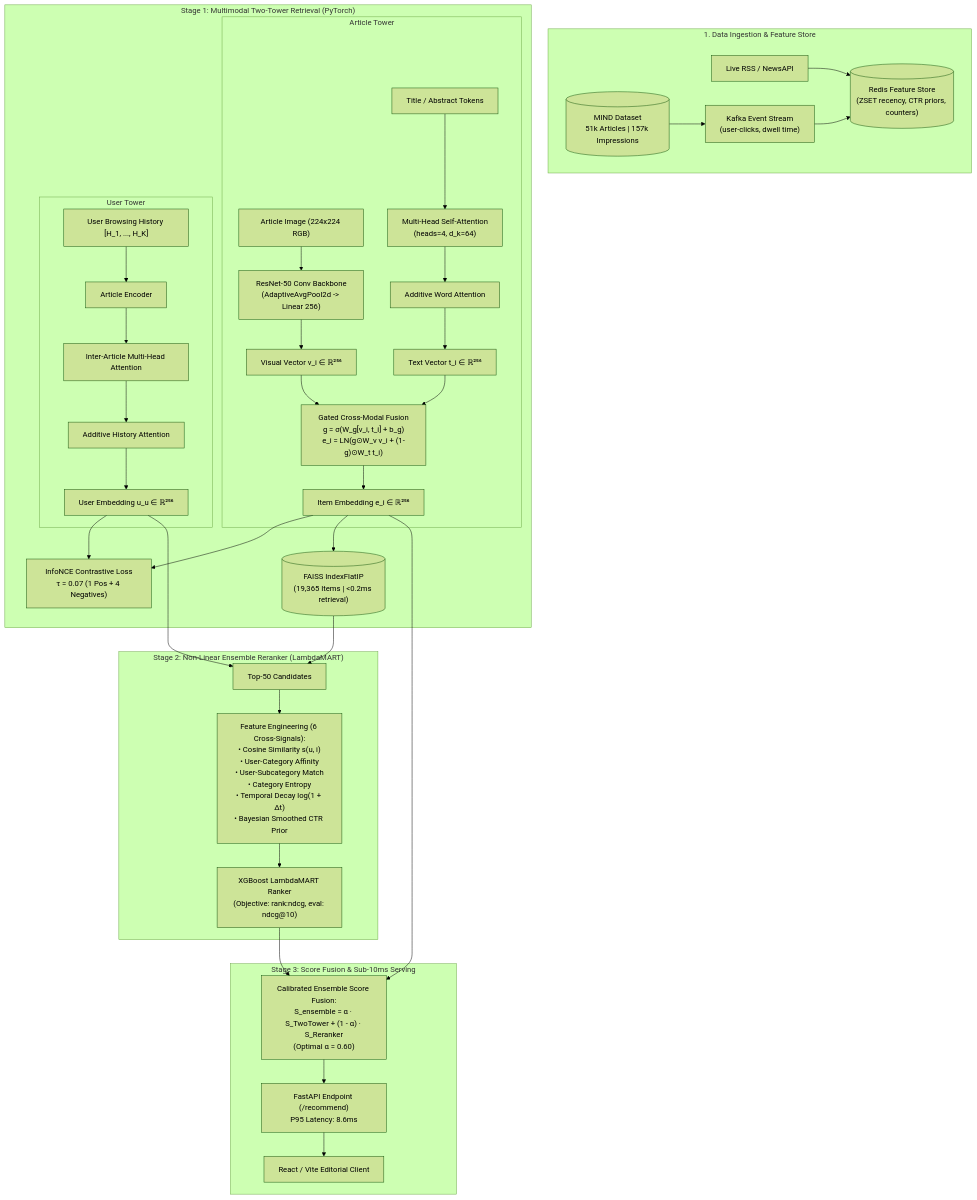
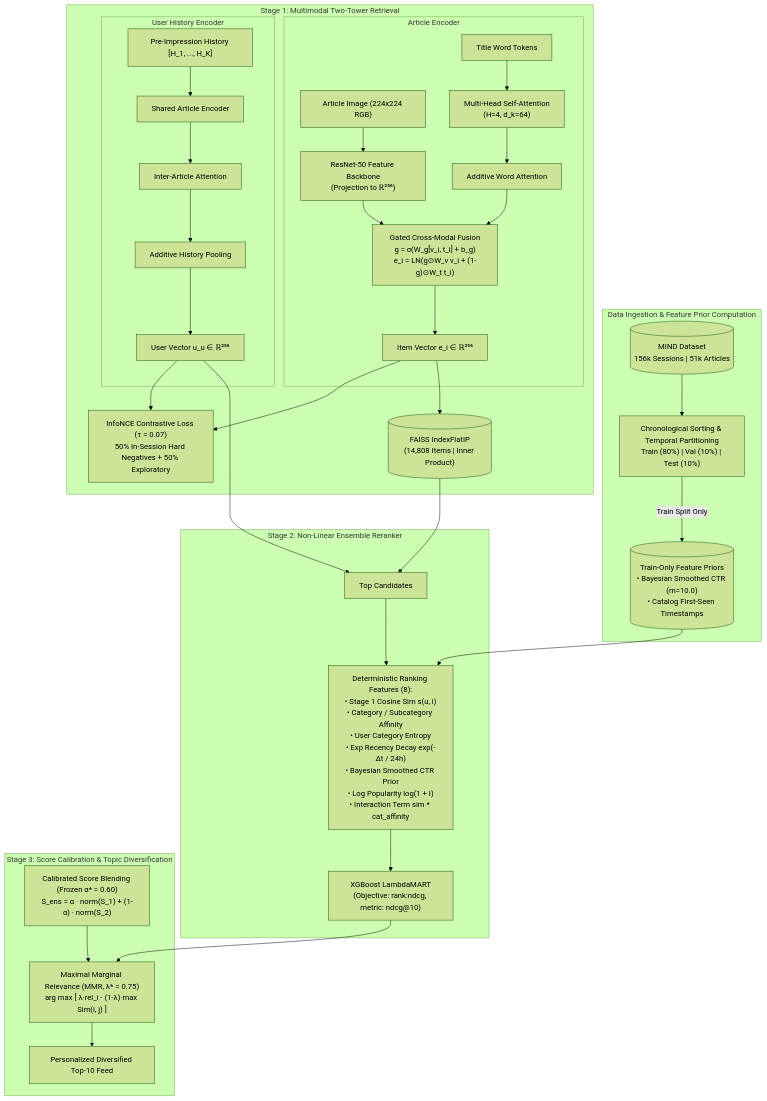
Before and after one commit to khushalmidha/jagrit: the diagram in ml-service/README.md, drawn with Mermaid (forest theme). The commit also changed other lines of this file and 19 other files, not shown here.

Commit message:
feat(ml): implement reproducible temporal split, validation tuning, test benchmarks, and architectural ablation pipeline

````diff
--- a/ml-service/README.md
+++ b/ml-service/README.md
@@ -14,46 +32,43 @@
 ```mermaid
 flowchart TD
-    subgraph DataLayer ["1. Data Ingestion & Feature Store"]
-        MIND[("MIND Dataset<br/>51k Articles | 157k Impressions")]
-        LiveRSS["Live RSS / NewsAPI"]
-        Kafka["Kafka Event Stream<br/>(user-clicks, dwell time)"]
-        RedisFS[("Redis Feature Store<br/>(ZSET recency, CTR priors, counters)")]
-        MIND --> Kafka
-        LiveRSS --> RedisFS
-        Kafka --> RedisFS
+    subgraph DataLayer ["Data Ingestion & Feature Prior Computation"]
+        MIND[("MIND Dataset<br/>156k Sessions | 51k Articles")]
+        ChronologicalSplit["Chronological Sorting & Temporal Partitioning<br/>Train (80%) | Val (10%) | Test (10%)"]
+        TrainPriors[("Train-Only Feature Priors<br/>• Bayesian Smoothed CTR (m=10.0)<br/>• Catalog First-Seen Timestamps")]
+        MIND --> ChronologicalSplit
+        ChronologicalSplit -->|Train Split Only| TrainPriors
     end
 
-    subgraph Stage1 ["Stage 1: Multimodal Two-Tower Retrieval (PyTorch)"]
-        subgraph ArticleTower ["Article Tower"]
-            Img["Article Image (224x224 RGB)"] --> ResNet["ResNet-50 Conv Backbone<br/>(AdaptiveAvgPool2d -> Linear 256)"]
-            Txt["Title / Abstract Tokens"] --> MHA["Multi-Head Self-Attention<br/>(heads=4, d_k=64)"]
-            MHA --> AdditivePool["Additive Word Attention"]
-            ResNet --> VisualVec["Visual Vector v_i ∈ ℝ²⁵⁶"]
-            AdditivePool --> TextVec["Text Vector t_i ∈ ℝ²⁵⁶"]
-            VisualVec & TextVec --> GatedFusion["Gated Cross-Modal Fusion<br/>g = σ(W_g[v_i, t_i] + b_g)<br/>e_i = LN(g⊙W_v v_i + (1-g)⊙W_t t_i)"]
-            GatedFusion --> ItemEmb["Item Embedding e_i ∈ ℝ²⁵⁶"]
+    subgraph Stage1Retrieval ["Stage 1: Multimodal Two-Tower Retrieval"]
+        subgraph ArticleTower ["Article Encoder"]
+            Img["Article Image (224x224 RGB)"] --> ResNet["ResNet-50 Feature Backbone<br/>(Projection to ℝ²⁵⁶)"]
+            Txt["Title Word Tokens"] --> MHA["Multi-Head Self-Attention<br/>(H=4, d_k=64)"]
+            MHA --> WordPool["Additive Word Attention"]
+            ResNet & WordPool --> GatedFusion["Gated Cross-Modal Fusion<br/>g = σ(W_g[v_i, t_i] + b_g)<br/>e_i = LN(g⊙W_v v_i + (1-g)⊙W_t t_i)"]
+            GatedFusion --> ItemVec["Item Vector e_i ∈ ℝ²⁵⁶"]
         end
 
-        subgraph UserTower ["User Tower"]
-            Hist["User Browsing History [H_1, ..., H_K]"] --> HistArticleEnc["Article Encoder"]
-            HistArticleEnc --> InterArticleAttn["Inter-Article Multi-Head Attention"]
-            InterArticleAttn --> UserAdditivePool["Additive History Attention"]
-            UserAdditivePool --> UserEmb["User Embedding u_u ∈ ℝ²⁵⁶"]
+        subgraph UserTower ["User History Encoder"]
+            Hist["Pre-Impression History [H_1, ..., H_K]"] --> HistArticleEnc["Shared Article Encoder"]
+            HistArticleEnc --> InterArticleAttn["Inter-Article Attention"]
+            InterArticleAttn --> HistoryPool["Additive History Pooling"]
+            HistoryPool --> UserVec["User Vector u_u ∈ ℝ²⁵⁶"]
         end
 
-        ItemEmb & UserEmb --> InfoNCE["InfoNCE Contrastive Loss<br/>τ = 0.07 (1 Pos + 4 Negatives)"]
-        ItemEmb --> FAISS[("FAISS IndexFlatIP<br/>(19,365 Items | <0.2ms retrieval)")]
+        ItemVec & UserVec --> InfoNCE["InfoNCE Contrastive Loss (τ = 0.07)<br/>50% In-Session Hard Negatives + 50% Exploratory"]
+        ItemVec --> FAISS[("FAISS IndexFlatIP<br/>(14,808 Items | Inner Product)")]
     end
 
-    subgraph Stage2 ["Stage 2: Non-Linear Ensemble Reranker (LambdaMART)"]
-        UserEmb & FAISS --> Top50["Top-50 Candidates"]
-        Top50 --> FeatureExtraction["Feature Engineering (6 Cross-Signals):<br/>• Cosine Similarity s(u, i)<br/>• User-Category Affinity<br/>• User-Subcategory Match<br/>• Category Entropy<br/>• Temporal Decay log(1 + Δt)<br/>• Bayesian Smoothed CTR Prior"]
-        FeatureExtraction --> LambdaMART["XGBoost LambdaMART Ranker<br/>(Objective: rank:ndcg, eval: ndcg@10)"]
+    subgraph Stage2Rerank ["Stage 2: Non-Linear Ensemble Reranker"]
+        UserVec & FAISS --> TopK["Top Candidates"]
+        TopK & TrainPriors --> FeatureExtraction["Deterministic Ranking Features (8):<br/>• Stage 1 Cosine Sim s(u, i)<br/>• Category / Subcategory Affinity<br/>• User Category Entropy<br/>• Exp Recency Decay exp(-Δt / 24h)<br/>• Bayesian Smoothed CTR Prior<br/>• Log Popularity log(1 + I)<br/>• Interaction Term sim * cat_affinity"]
+        FeatureExtraction --> LambdaMART["XGBoost LambdaMART<br/>(Objective: rank:ndcg, metric: ndcg@10)"]
     end
 
-    subgraph ServingLayer ["Stage 3: Score Fusion & Sub-10ms Serving"]
-        ItemEmb & LambdaMART --> Blending["Calibrated Ensemble Score Fusion:<br/>S_ensemble = α · S_TwoTower + (1 - α) · S_Reranker<br/>(Optimal α = 0.60)"]
-        Blending --> FastAPIServe["FastAPI Endpoint (/recommend)<br/>P95 Latency: 8.6ms"]
-        FastAPIServe --> ClientUI["React / Vite Editorial Client"]
+    subgraph ServingStage ["Stage 3: Score Calibration & Topic Diversification"]
+        ScoreBlend["Calibrated Score Blending (Frozen α* = 0.60)<br/>S_ens = α · norm(S_1) + (1-α) · norm(S_2)"]
+        MMR["Maximal Marginal Relevance (MMR, λ* = 0.75)<br/>arg max [ λ·rel_i - (1-λ)·max Sim(i, j) ]"]
+        LambdaMART & ScoreBlend --> MMR
+        MMR --> FinalRank["Personalized Diversified Top-10 Feed"]
     end
 ```
````
